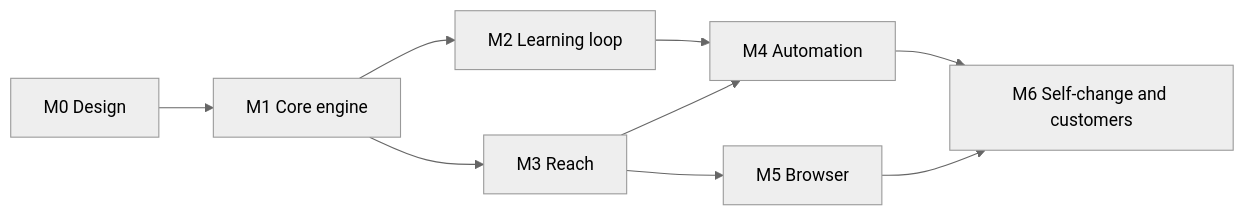
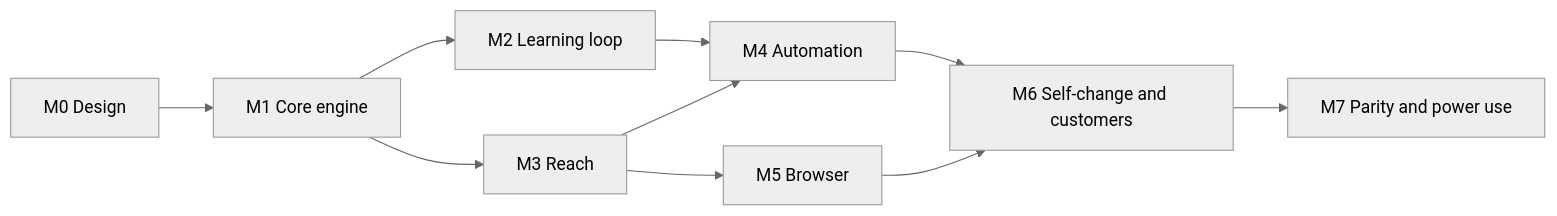
The diagram in docs/roadmap.md (nikhilllmno/Nikhil_claw), drawn with Mermaid (neutral theme) before and after one commit. The commit also changed other lines of this file, not shown here.

Commit message:
docs: add M7 parity and power use to the roadmap (#75)

````diff
--- a/docs/roadmap.md
+++ b/docs/roadmap.md
@@ -24,11 +25,12 @@
 ```mermaid
 flowchart LR
   M0["M0 Design"] --> M1["M1 Core engine"]
   M1 --> M2["M2 Learning loop"]
   M1 --> M3["M3 Reach"]
   M2 --> M4["M4 Automation"]
   M3 --> M4
   M3 --> M5["M5 Browser"]
   M4 --> M6["M6 Self-change and customers"]
   M5 --> M6
+  M6 --> M7["M7 Parity and power use"]
 ```
````
